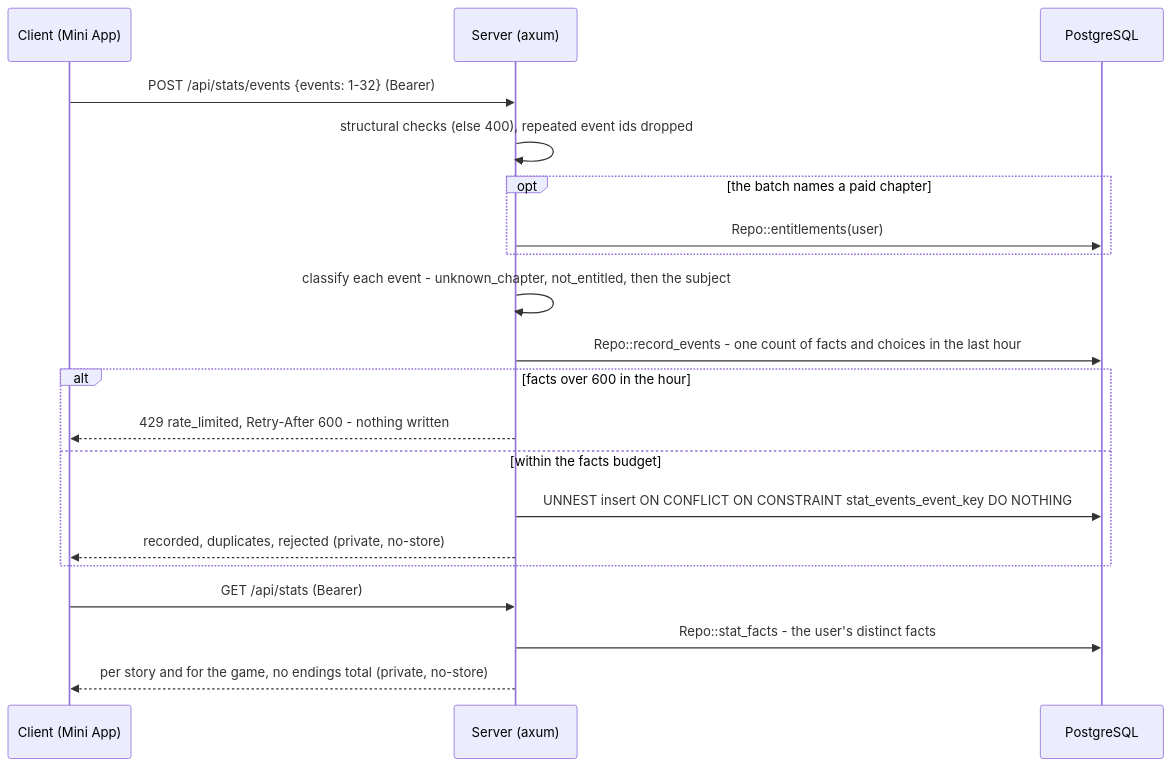
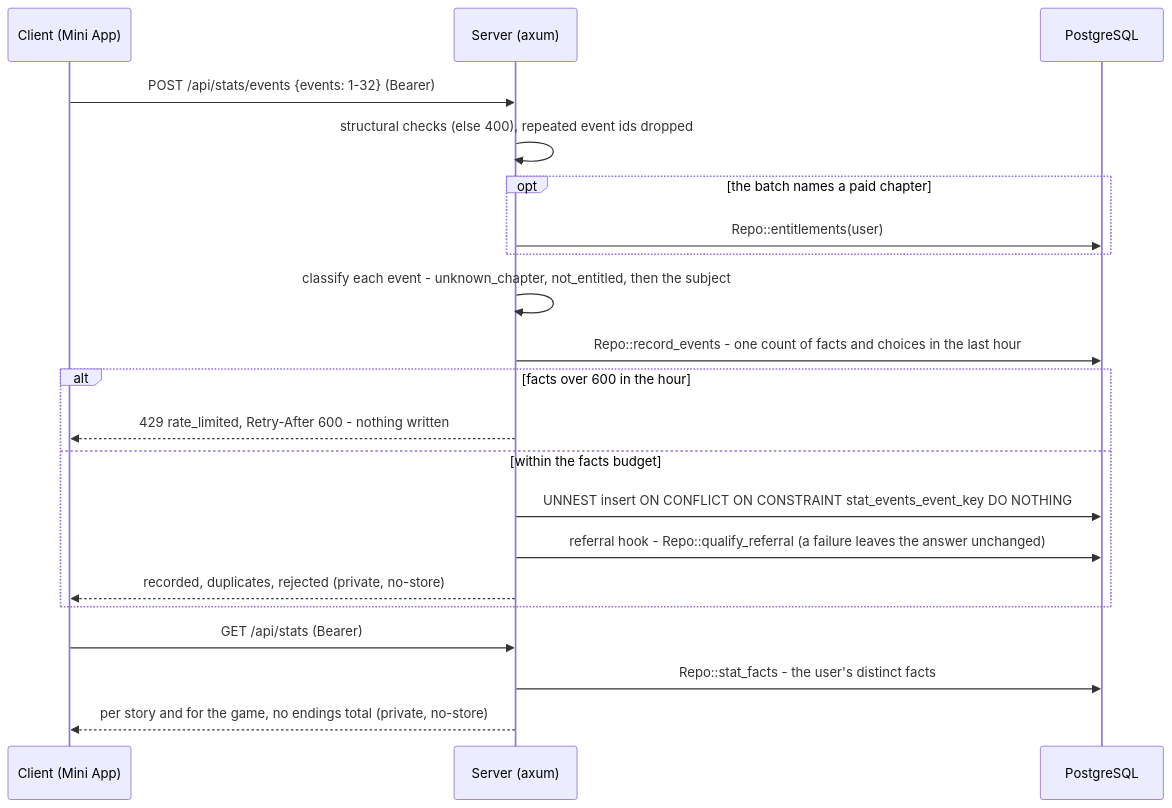
Before and after one commit to bluesteelll/tg-app-novel: the seventh of 7 diagrams in docs/ARCHITECTURE.md, drawn with Mermaid. The commit also changed other lines of this file and 1 other file, not shown here.

````diff
--- a/docs/ARCHITECTURE.md
+++ b/docs/ARCHITECTURE.md
@@ -440,22 +465,23 @@
 ```mermaid
 sequenceDiagram
     participant C as Client (Mini App)
     participant S as Server (axum)
     participant DB as PostgreSQL
     C->>S: POST /api/stats/events {events: 1-32} (Bearer)
     S->>S: structural checks (else 400), repeated event ids dropped
     opt the batch names a paid chapter
         S->>DB: Repo::entitlements(user)
     end
     S->>S: classify each event - unknown_chapter, not_entitled, then the subject
     S->>DB: Repo::record_events - one count of facts and choices in the last hour
     alt facts over 600 in the hour
         S-->>C: 429 rate_limited, Retry-After 600 - nothing written
     else within the facts budget
         S->>DB: UNNEST insert ON CONFLICT ON CONSTRAINT stat_events_event_key DO NOTHING
+        S->>DB: referral hook - Repo::qualify_referral (a failure leaves the answer unchanged)
         S-->>C: recorded, duplicates, rejected (private, no-store)
     end
     C->>S: GET /api/stats (Bearer)
     S->>DB: Repo::stat_facts - the user's distinct facts
     S-->>C: per story and for the game, no endings total (private, no-store)
 ```
````
